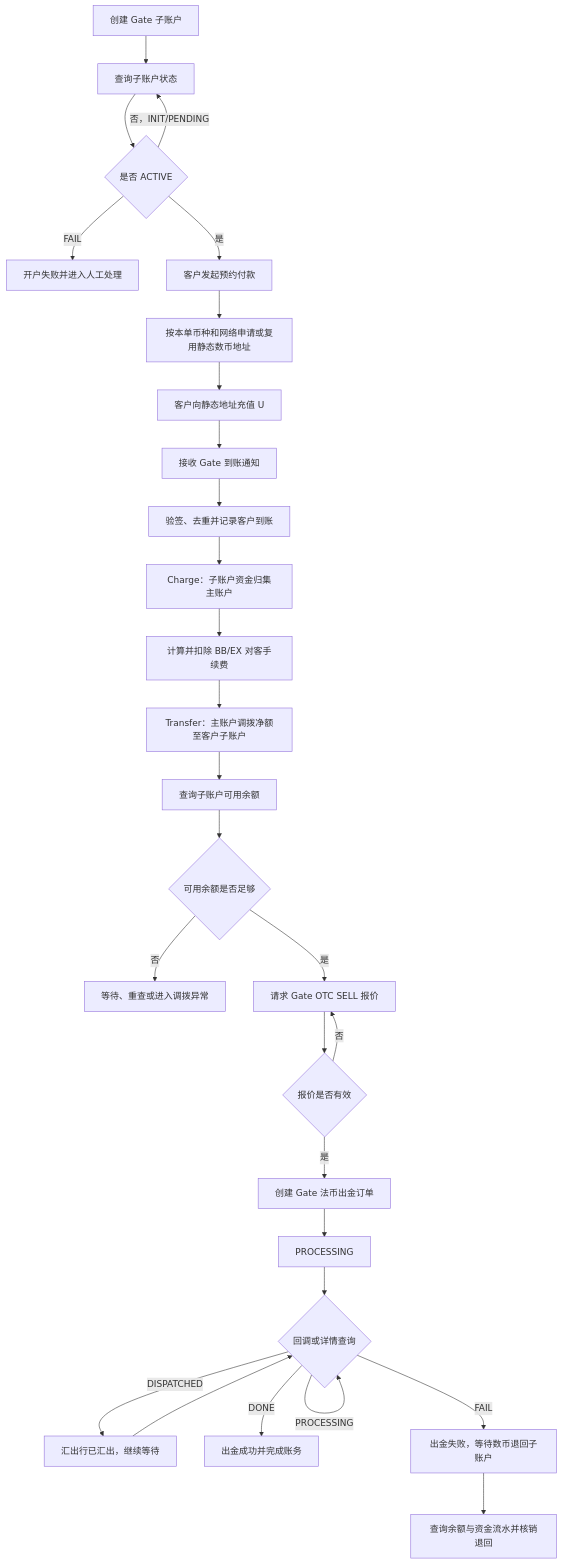
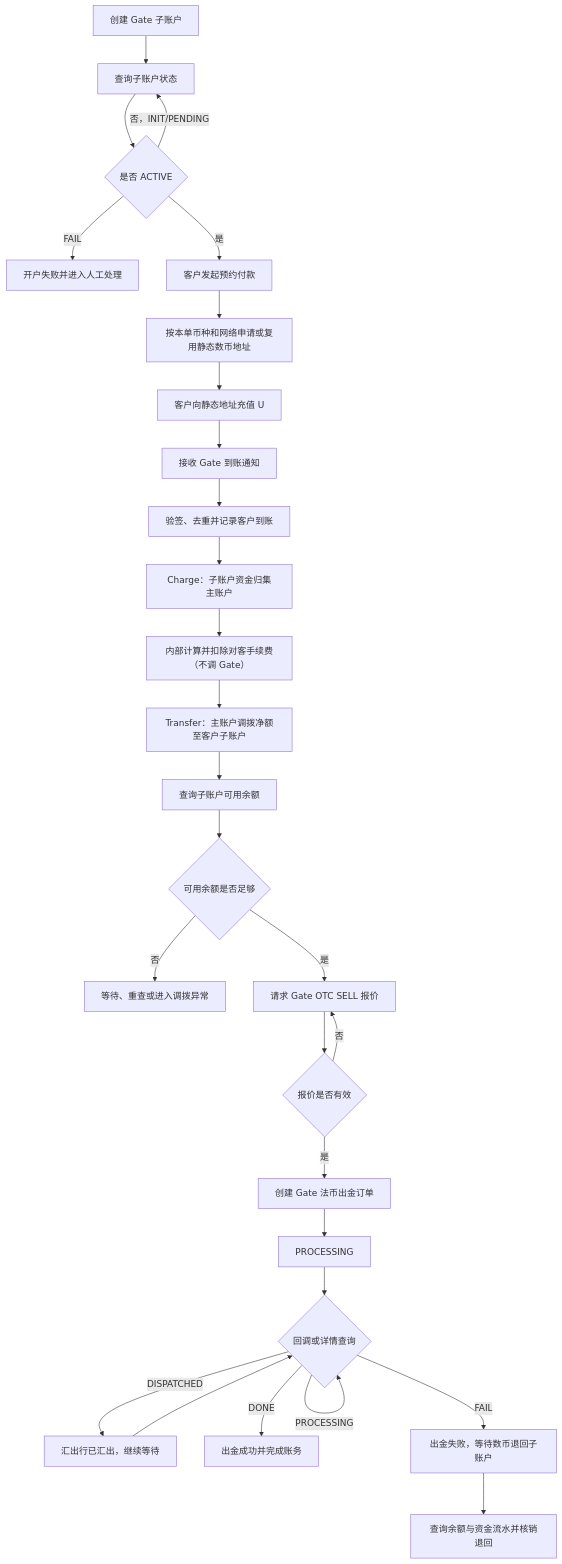
Before and after one commit to xiaoxiaoangie/EX-NEW: the first of 2 diagrams in Newofframp/Gate渠道对接方案与改造点.md, drawn with Mermaid. The commit also changed other lines of this file and 12 other files, not shown here.

````diff
--- a/Newofframp/Gate渠道对接方案与改造点.md
+++ b/Newofframp/Gate渠道对接方案与改造点.md
@@ -50,30 +48,30 @@
 ```mermaid
 flowchart TD
   A[创建 Gate 子账户] --> B[查询子账户状态]
   B --> C{是否 ACTIVE}
   C -- 否，INIT/PENDING --> B
   C -- FAIL --> D[开户失败并进入人工处理]
   C -- 是 --> E[客户发起预约付款]
   E --> E1[按本单币种和网络申请或复用静态数币地址]
   E1 --> F[客户向静态地址充值 U]
   F --> G[接收 Gate 到账通知]
   G --> H[验签、去重并记录客户到账]
   H --> I[Charge：子账户资金归集主账户]
-  I --> J[计算并扣除 BB/EX 对客手续费]
+  I --> J["内部计算并扣除对客手续费（不调 Gate）"]
   J --> K[Transfer：主账户调拨净额至客户子账户]
   K --> L[查询子账户可用余额]
   L --> M{可用余额是否足够}
   M -- 否 --> N[等待、重查或进入调拨异常]
   M -- 是 --> O[请求 Gate OTC SELL 报价]
   O --> P{报价是否有效}
   P -- 否 --> O
   P -- 是 --> Q[创建 Gate 法币出金订单]
   Q --> R[PROCESSING]
   R --> S{回调或详情查询}
   S -- PROCESSING --> S
   S -- DISPATCHED --> T[汇出行已汇出，继续等待]
   T --> S
   S -- DONE --> U[出金成功并完成账务]
   S -- FAIL --> V[出金失败，等待数币退回子账户]
   V --> W[查询余额与资金流水并核销退回]
 ```
````
